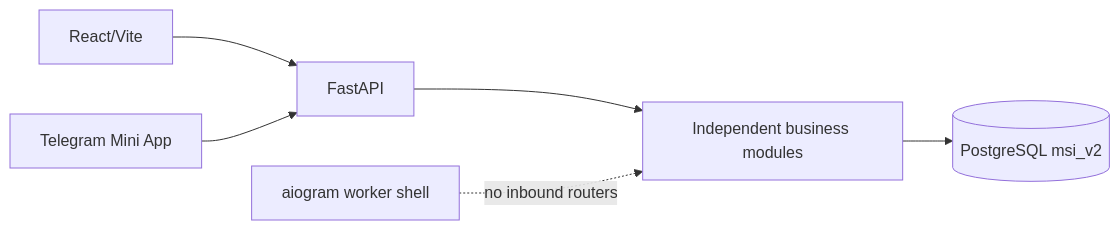
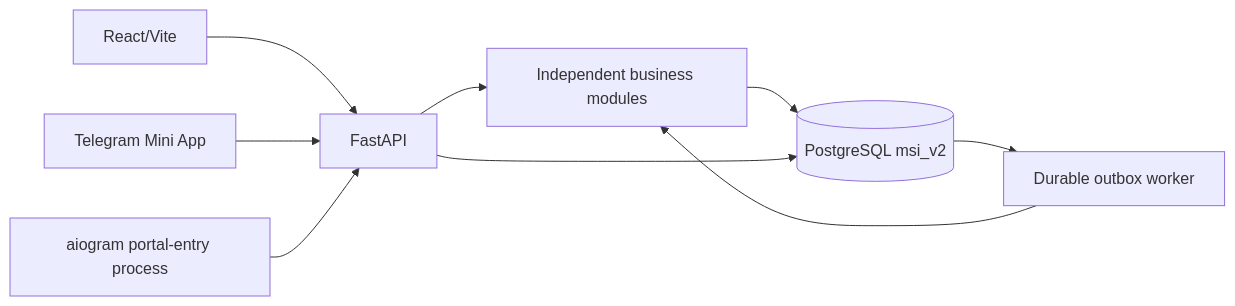
The diagram in docs/ENGINEERING_OVERVIEW.md (Khamid22/msischoolbot_v2), drawn with Mermaid before and after one commit. The commit also changed other lines of this file and 590 other files, not shown here.

````diff
--- a/docs/ENGINEERING_OVERVIEW.md
+++ b/docs/ENGINEERING_OVERVIEW.md
@@ -9,14 +9,17 @@
 ```mermaid
 flowchart LR
     React[React/Vite]
     Telegram[Telegram Mini App]
     FastAPI[FastAPI]
     Modules[Independent business modules]
     DB[(PostgreSQL msi_v2)]
-    Bot[aiogram worker shell]
+    Worker[Durable outbox worker]
+    Bot[aiogram portal-entry process]
 
     React --> FastAPI
     Telegram --> FastAPI
     FastAPI --> Modules --> DB
-    Bot -. no inbound routers .-> Modules
+    FastAPI --> DB
+    DB --> Worker --> Modules
+    Bot --> FastAPI
 ```
````
